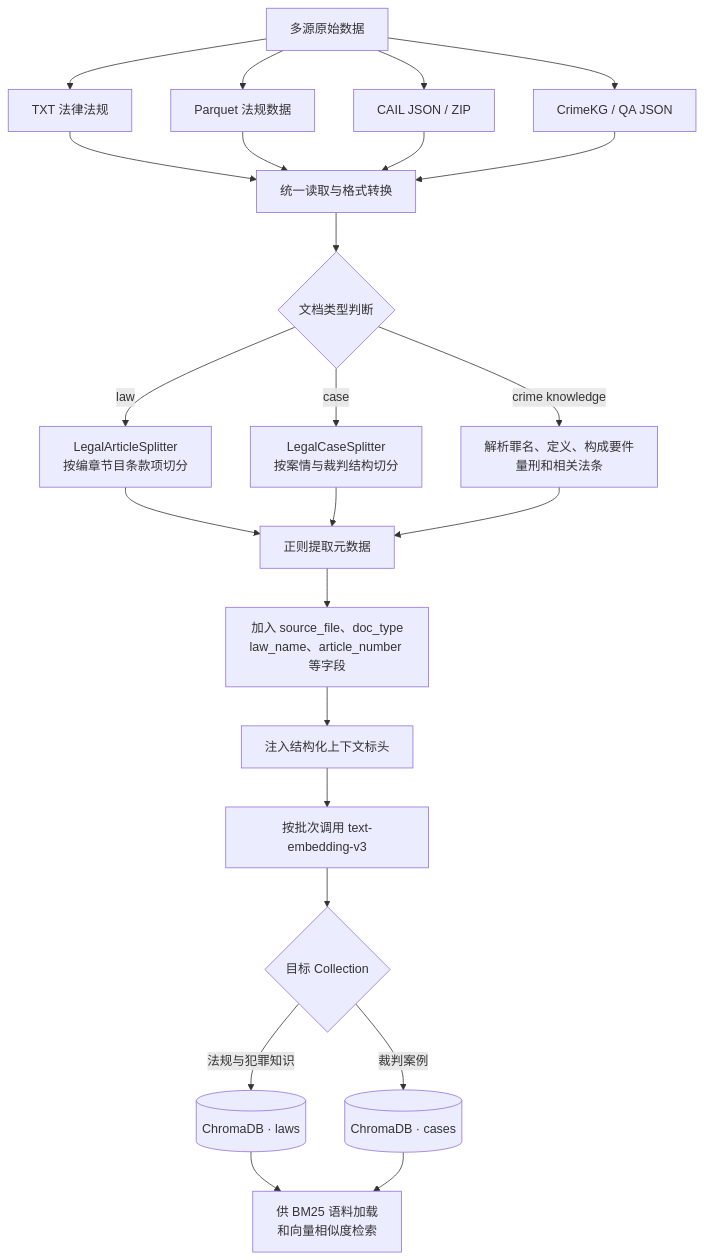
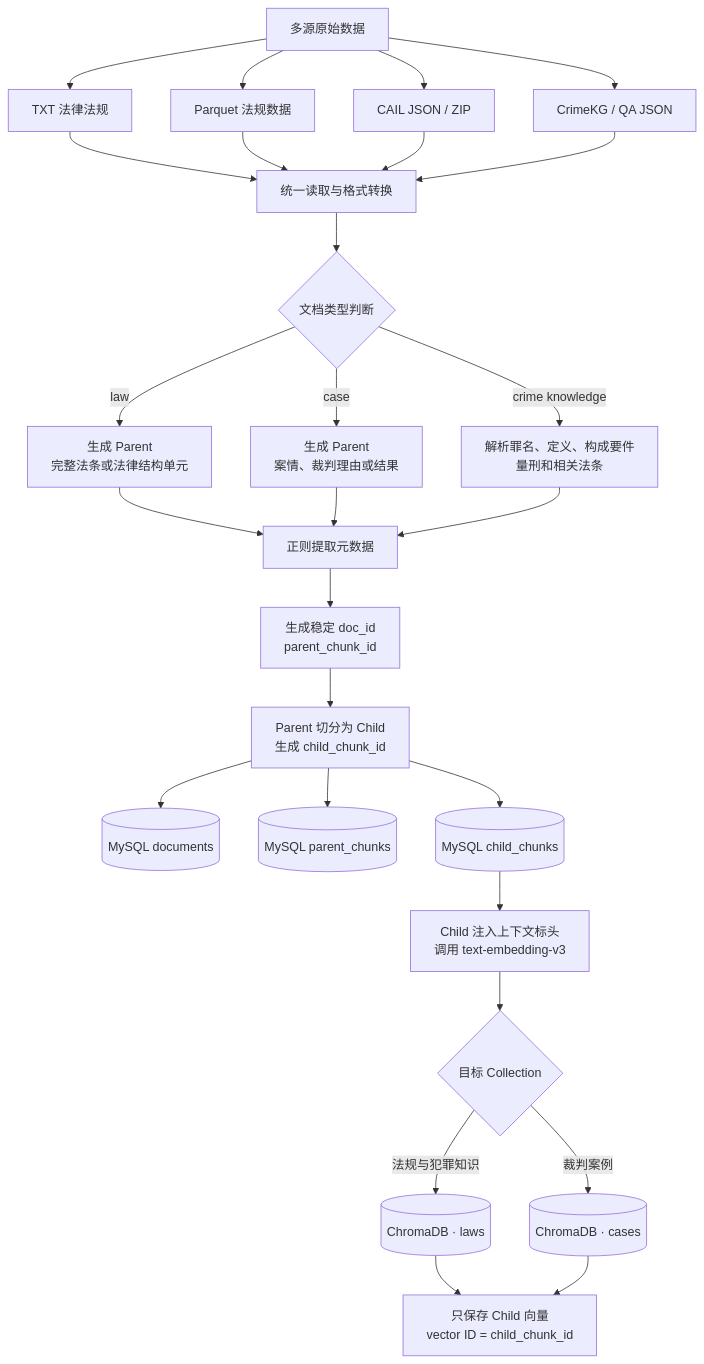
One commit to Leo8150/LawRAG changed the second of 5 diagrams in README.md. Above: the diagram before and after it, drawn with Mermaid. The commit also changed other lines of this file and 20 other files, not shown here.

Commit message:
parent-child index

````diff
--- a/README.md
+++ b/README.md
@@ -381,29 +387,32 @@
 ```mermaid
 flowchart TD
     A[多源原始数据] --> A1[TXT 法律法规]
     A --> A2[Parquet 法规数据]
     A --> A3[CAIL JSON / ZIP]
     A --> A4[CrimeKG / QA JSON]
 
     A1 --> B[统一读取与格式转换]
     A2 --> B
     A3 --> B
     A4 --> B
     B --> C{文档类型判断}
 
-    C -->|law| D1[LegalArticleSplitter<br/>按编章节目条款项切分]
-    C -->|case| D2[LegalCaseSplitter<br/>按案情与裁判结构切分]
+    C -->|law| D1[生成 Parent<br/>完整法条或法律结构单元]
+    C -->|case| D2[生成 Parent<br/>案情、裁判理由或结果]
     C -->|crime knowledge| D3[解析罪名、定义、构成要件<br/>量刑和相关法条]
 
     D1 --> E[正则提取元数据]
     D2 --> E
     D3 --> E
-    E --> F[加入 source_file、doc_type<br/>law_name、article_number 等字段]
-    F --> G[注入结构化上下文标头]
-    G --> H[按批次调用 text-embedding-v3]
+    E --> F[生成稳定 doc_id<br/>parent_chunk_id]
+    F --> G[Parent 切分为 Child<br/>生成 child_chunk_id]
+    G --> M1[(MySQL documents)]
+    G --> M2[(MySQL parent_chunks)]
+    G --> M3[(MySQL child_chunks)]
+    M3 --> H[Child 注入上下文标头<br/>调用 text-embedding-v3]
     H --> I{目标 Collection}
     I -->|法规与犯罪知识| J[(ChromaDB · laws)]
     I -->|裁判案例| K[(ChromaDB · cases)]
-    J --> L[供 BM25 语料加载<br/>和向量相似度检索]
+    J --> L[只保存 Child 向量<br/>vector ID = child_chunk_id]
     K --> L
 ```
````
